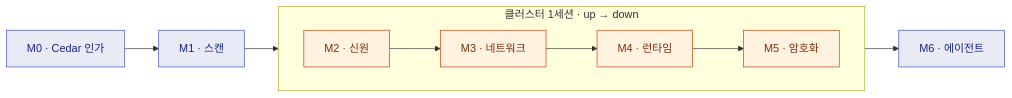
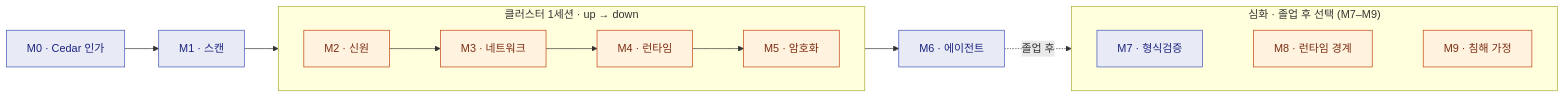
The first of 2 diagrams in labs/README.md (dsaedsae/cloudsec-policy-stack), drawn with Mermaid before and after one commit.

Commit message:
docs(labs): add the advanced track (M7-M9) to the module-ladder diagram
The "모듈 사다리" mermaid showed only the core M0-M6 path; the 심화 modules (M7 formal,
M8 runtime-boundary, M9 assume-breach) were in the table/checklist but absent from the
diagram. Added a dashed "졸업 후" connector from M6 into a "심화 · 졸업 후 선택 (M7-M9)"
subgraph, preserving the no-cluster(blue)/cluster(orange) color semantics (M7 blue, M8/M9
orange). Validated via Mermaid Chart MCP (renders valid).

````diff
--- a/labs/README.md
+++ b/labs/README.md
@@ -13,13 +13,18 @@
 ```mermaid
 flowchart LR
     M0[M0 · Cedar 인가] --> M1[M1 · 스캔] --> M2[M2 · 신원]
     subgraph S["클러스터 1세션 · up → down"]
       direction LR
       M2 --> M3[M3 · 네트워크] --> M4[M4 · 런타임] --> M5[M5 · 암호화]
     end
     M5 --> M6[M6 · 에이전트]
+    M6 -. 졸업 후 .-> M7
+    subgraph ADV["심화 · 졸업 후 선택 (M7–M9)"]
+      direction LR
+      M7[M7 · 형식검증] ~~~ M8[M8 · 런타임 경계] ~~~ M9[M9 · 침해 가정]
+    end
     classDef nc fill:#e8eaf6,stroke:#3f51b5,color:#1a237e;
     classDef cl fill:#fff3e0,stroke:#c2410c,color:#7c2d12;
-    class M0,M1,M6 nc;
-    class M2,M3,M4,M5 cl;
+    class M0,M1,M6,M7 nc;
+    class M2,M3,M4,M5,M8,M9 cl;
 ```
````
